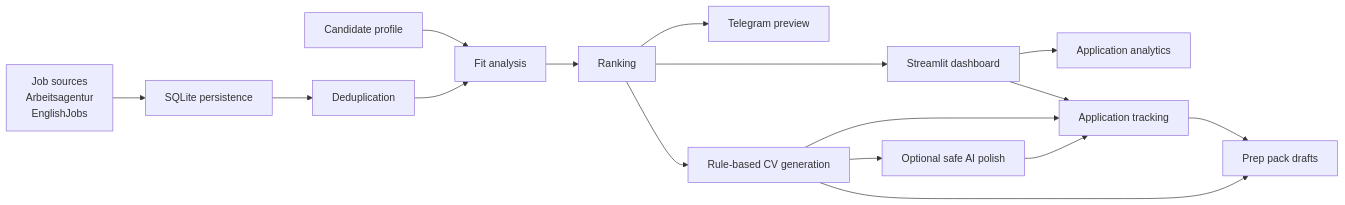
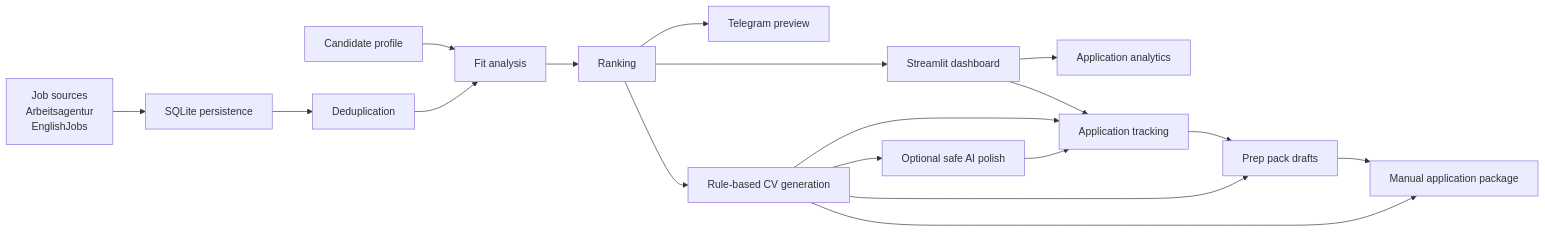
The first of 2 diagrams in README.md (de-himanshu19/AI_JOB_HUNT_PLATFORM), drawn with Mermaid before and after one commit. The commit also changed other lines of this file and 11 other files, not shown here.

Commit message:
feat: add manual application package workflow

````diff
--- a/README.md
+++ b/README.md
@@ -34,18 +34,20 @@
 ```mermaid
 flowchart LR
     Profile["Candidate profile"] --> Analysis["Fit analysis"]
     Sources["Job sources<br/>Arbeitsagentur<br/>EnglishJobs"] --> SQLite["SQLite persistence"]
     SQLite --> Dedup["Deduplication"]
     Dedup --> Analysis
     Analysis --> Ranking["Ranking"]
     Ranking --> Dashboard["Streamlit dashboard"]
     Ranking --> Notify["Telegram preview"]
     Ranking --> CV["Rule-based CV generation"]
     Dashboard --> Analytics["Application analytics"]
     Dashboard --> Tracking["Application tracking"]
     Tracking --> Prep["Prep pack drafts"]
+    Prep --> AppPack["Manual application package"]
     CV --> Prep
+    CV --> AppPack
     CV --> Tracking
     CV --> AI["Optional safe AI polish"]
     AI --> Tracking
 ```
````
